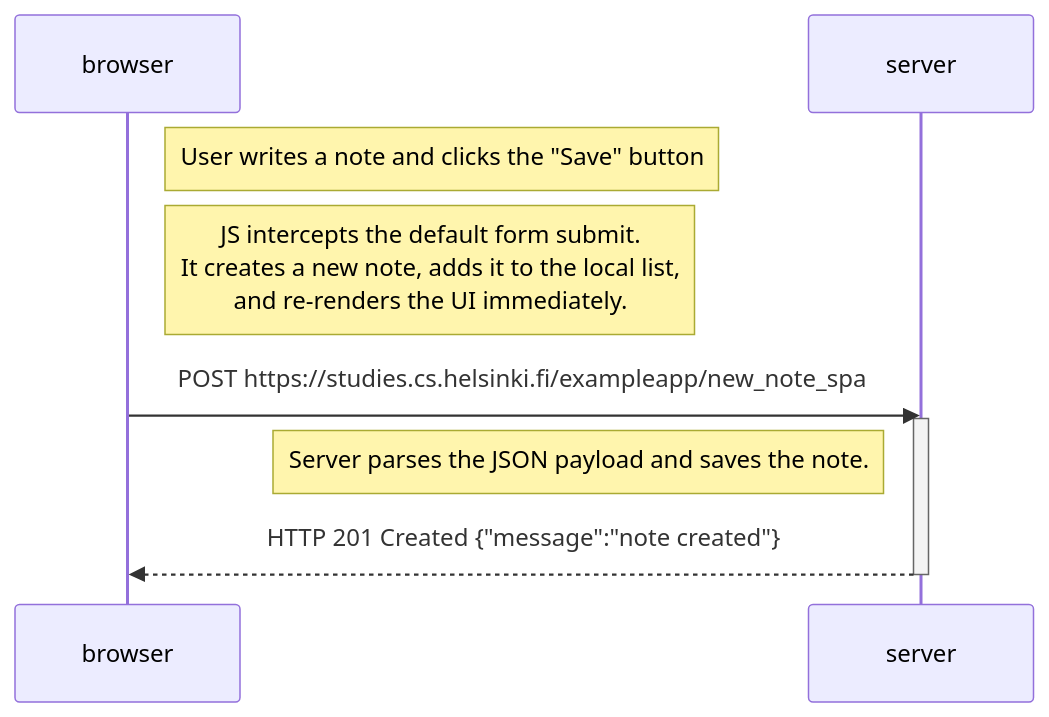
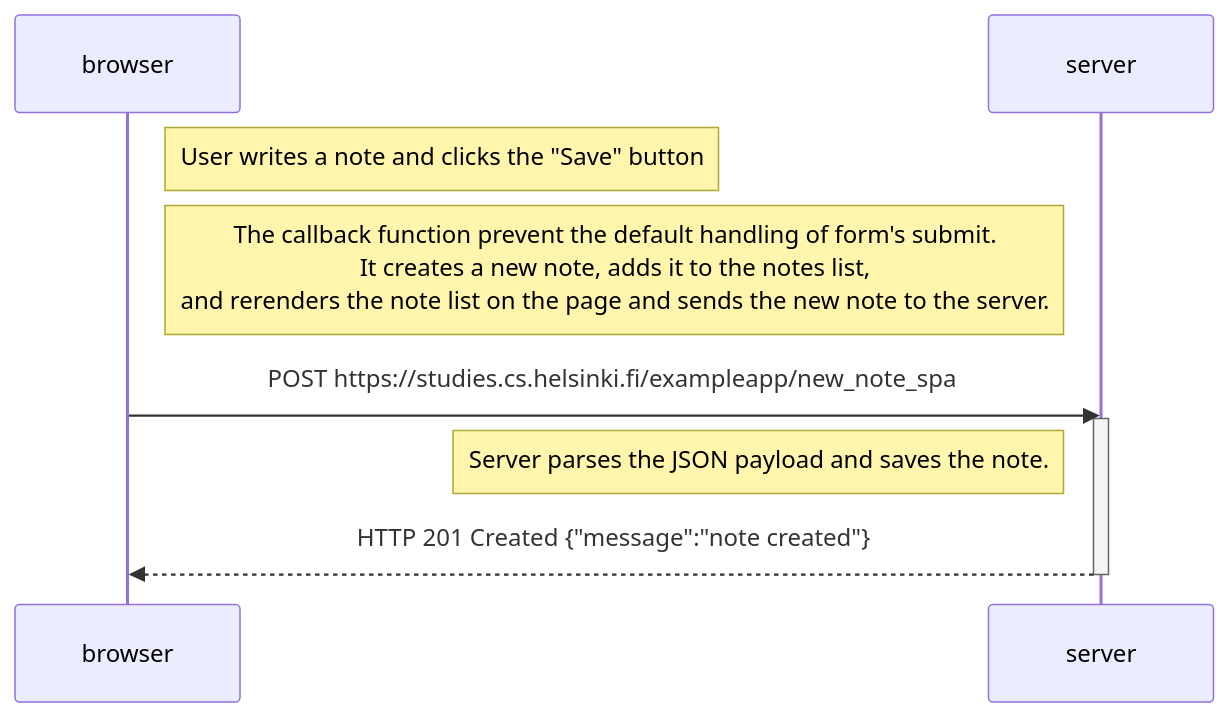
One commit to Tanggong/FullStackOpen2026 changed the third of 3 diagrams in Part0/Excersize0.md. Above: the diagram before and after it, drawn with Mermaid.

Commit message:
Clarify note creation process in Excersize0.md
Updated the explanation of the note creation process in the diagram.

````diff
--- a/Part0/Excersize0.md
+++ b/Part0/Excersize0.md
@@ -81,14 +81,14 @@
 ```mermaid
 sequenceDiagram
     participant browser
     participant server
 
     Note right of browser: User writes a note and clicks the "Save" button
-    Note right of browser: JS intercepts the default form submit.<br>It creates a new note, adds it to the local list,<br>and re-renders the UI immediately.
+    Note right of browser: The callback function prevent the default handling of form's submit.<br>It creates a new note, adds it to the notes list,<br>and rerenders the note list on the page and sends the new note to the server.
     
     browser->>server: POST https://studies.cs.helsinki.fi/exampleapp/new_note_spa
     activate server
     Note left of server: Server parses the JSON payload and saves the note.
     server-->>browser: HTTP 201 Created {"message":"note created"}
     deactivate server
 ```
````
